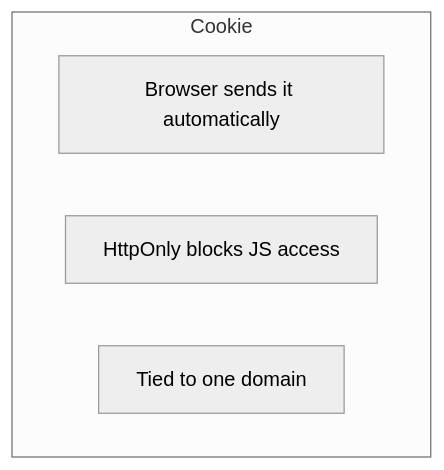
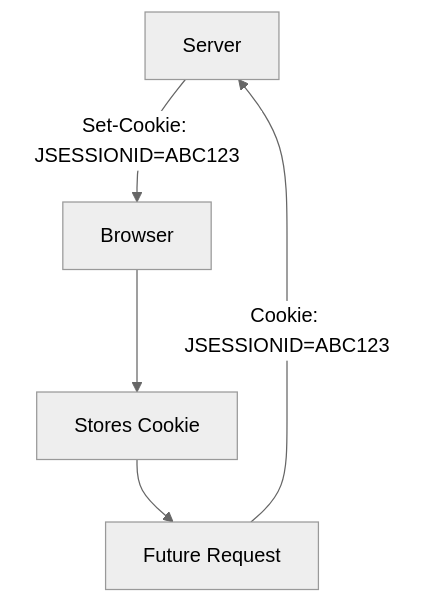
The sixth of 9 diagrams in src/main/java/com/elanrif/springbootstarterkit/controller/auth/HttpRequest.md (Elanrif/springboot-starter-kit), drawn with Mermaid (neutral theme) before and after one commit. The commit also changed other lines of this file and 2 other files, not shown here.

````diff
--- a/src/main/java/com/elanrif/springbootstarterkit/controller/auth/HttpRequest.md
+++ b/src/main/java/com/elanrif/springbootstarterkit/controller/auth/HttpRequest.md
@@ -82,8 +392,7 @@
 ```mermaid
 flowchart TD
-  subgraph Cookie["Cookie"]
-    C1[Browser sends it automatically]
-    C2[HttpOnly blocks JS access]
-    C3[Tied to one domain]
-  end
+  A[Server] -->|"Set-Cookie: JSESSIONID=ABC123"| B[Browser]
+  B --> C[Stores Cookie]
+  C --> D[Future Request]
+  D -->|"Cookie: JSESSIONID=ABC123"| A
 ```
````
